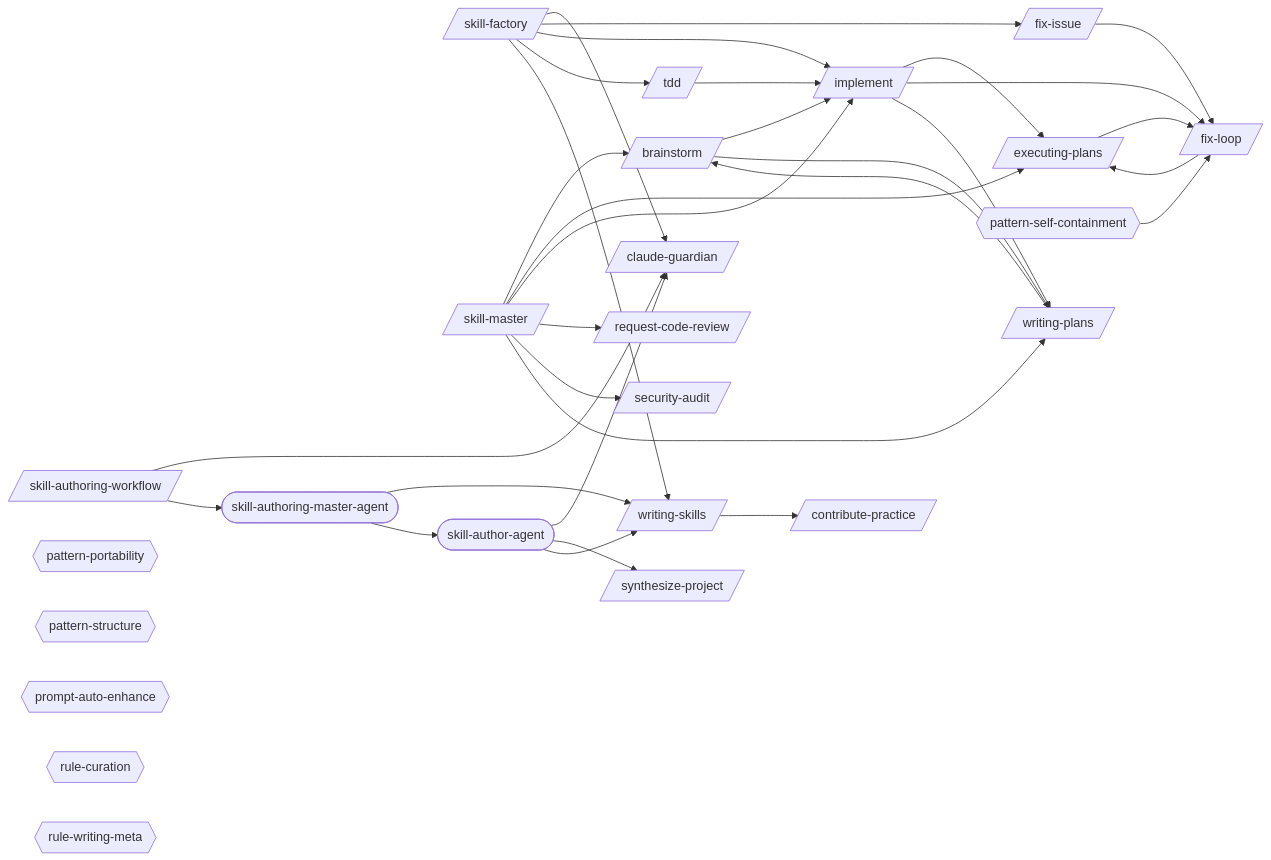
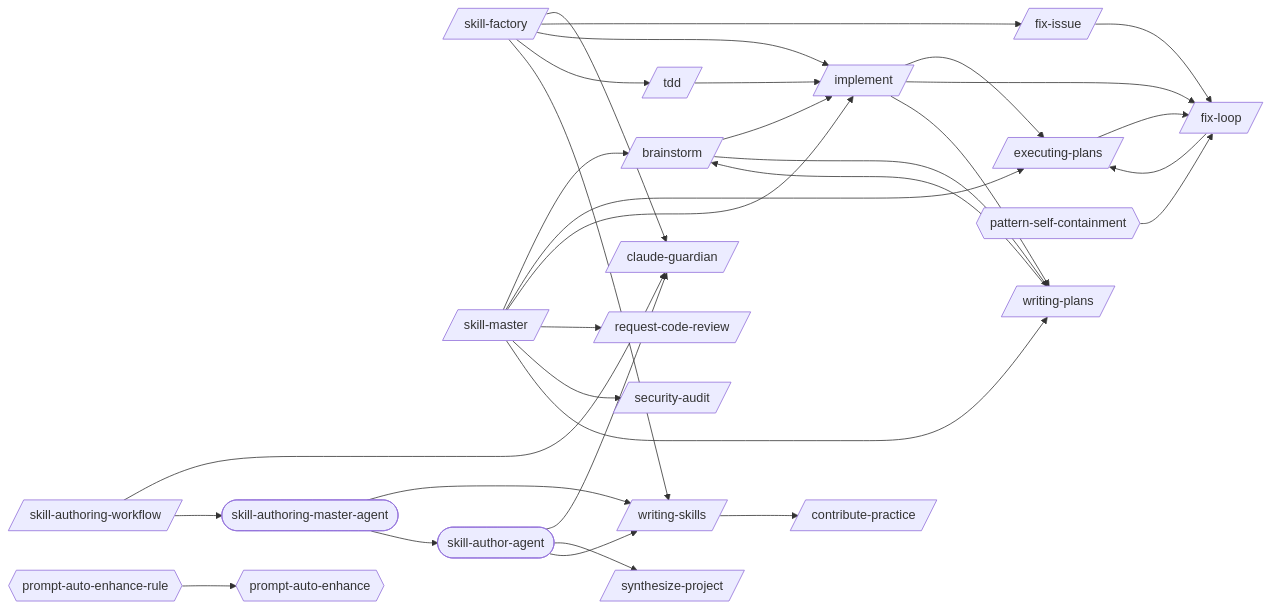
The first of 2 diagrams in docs/workflows/skill-authoring.md (abhayla/claude-best-practices), drawn with Mermaid before and after one commit. The commit also changed other lines of this file and 23 other files, not shown here.

````diff
--- a/docs/workflows/skill-authoring.md
+++ b/docs/workflows/skill-authoring.md
@@ -9,57 +11,55 @@
 ```mermaid
 graph LR
     brainstorm[/brainstorm/]
     claude_guardian[/claude-guardian/]
     contribute_practice[/contribute-practice/]
     executing_plans[/executing-plans/]
     fix_issue[/fix-issue/]
     fix_loop[/fix-loop/]
     implement[/implement/]
     request_code_review[/request-code-review/]
     security_audit[/security-audit/]
     skill_authoring_workflow[/skill-authoring-workflow/]
     skill_factory[/skill-factory/]
     skill_master[/skill-master/]
     synthesize_project[/synthesize-project/]
     tdd[/tdd/]
     writing_plans[/writing-plans/]
     writing_skills[/writing-skills/]
     skill_author_agent([skill-author-agent])
     skill_authoring_master_agent([skill-authoring-master-agent])
-    pattern_portability{{pattern-portability}}
     pattern_self_containment{{pattern-self-containment}}
-    pattern_structure{{pattern-structure}}
     prompt_auto_enhance{{prompt-auto-enhance}}
-    rule_curation{{rule-curation}}
-    rule_writing_meta{{rule-writing-meta}}
+    prompt_auto_enhance_rule{{prompt-auto-enhance-rule}}
     brainstorm --> implement
     brainstorm --> writing_plans
     executing_plans --> fix_loop
     fix_issue --> fix_loop
     fix_loop --> executing_plans
     implement --> executing_plans
     implement --> fix_loop
     implement --> writing_plans
     skill_authoring_workflow --> claude_guardian
     skill_authoring_workflow --> skill_authoring_master_agent
     skill_factory --> claude_guardian
     skill_factory --> fix_issue
     skill_factory --> implement
     skill_factory --> tdd
     skill_factory --> writing_skills
     skill_master --> brainstorm
     skill_master --> executing_plans
     skill_master --> implement
     skill_master --> request_code_review
     skill_master --> security_audit
     skill_master --> writing_plans
     tdd --> implement
     writing_plans --> brainstorm
     writing_skills --> contribute_practice
     skill_author_agent --> claude_guardian
     skill_author_agent --> synthesize_project
     skill_author_agent --> writing_skills
     skill_authoring_master_agent --> writing_skills
     skill_authoring_master_agent --> skill_author_agent
     pattern_self_containment --> fix_loop
+    prompt_auto_enhance_rule --> prompt_auto_enhance
 ```
````
